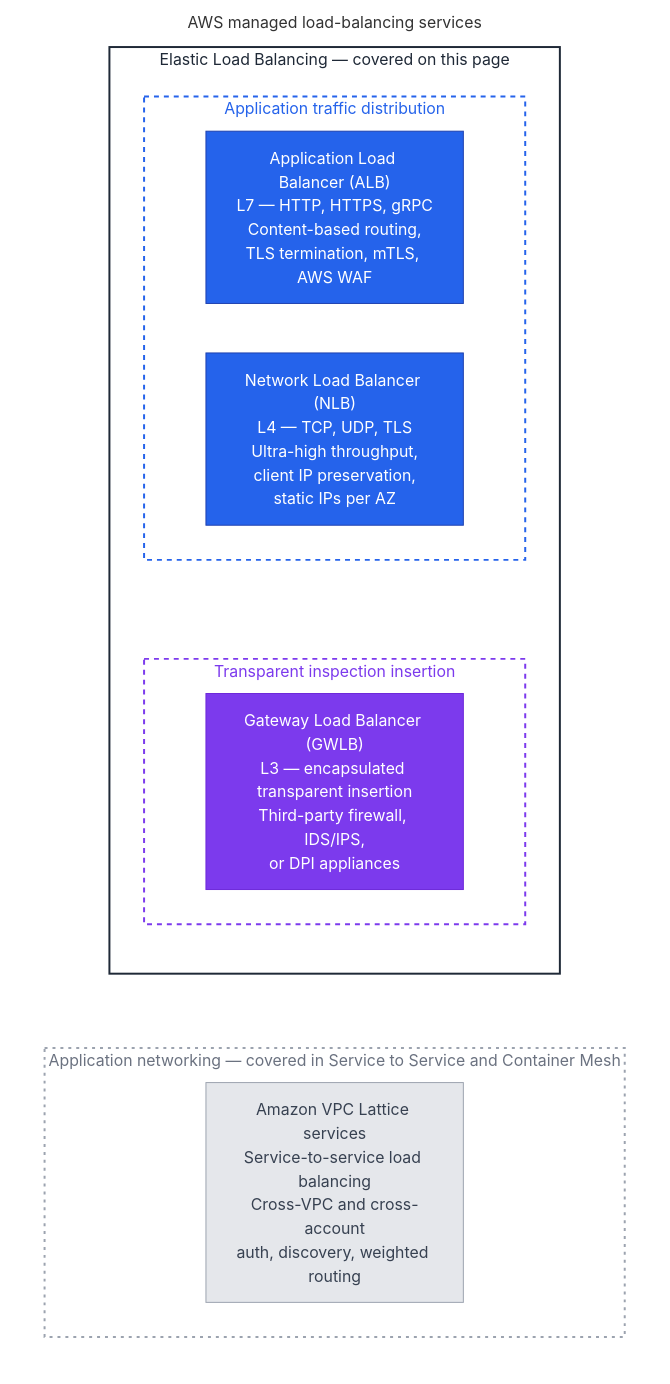
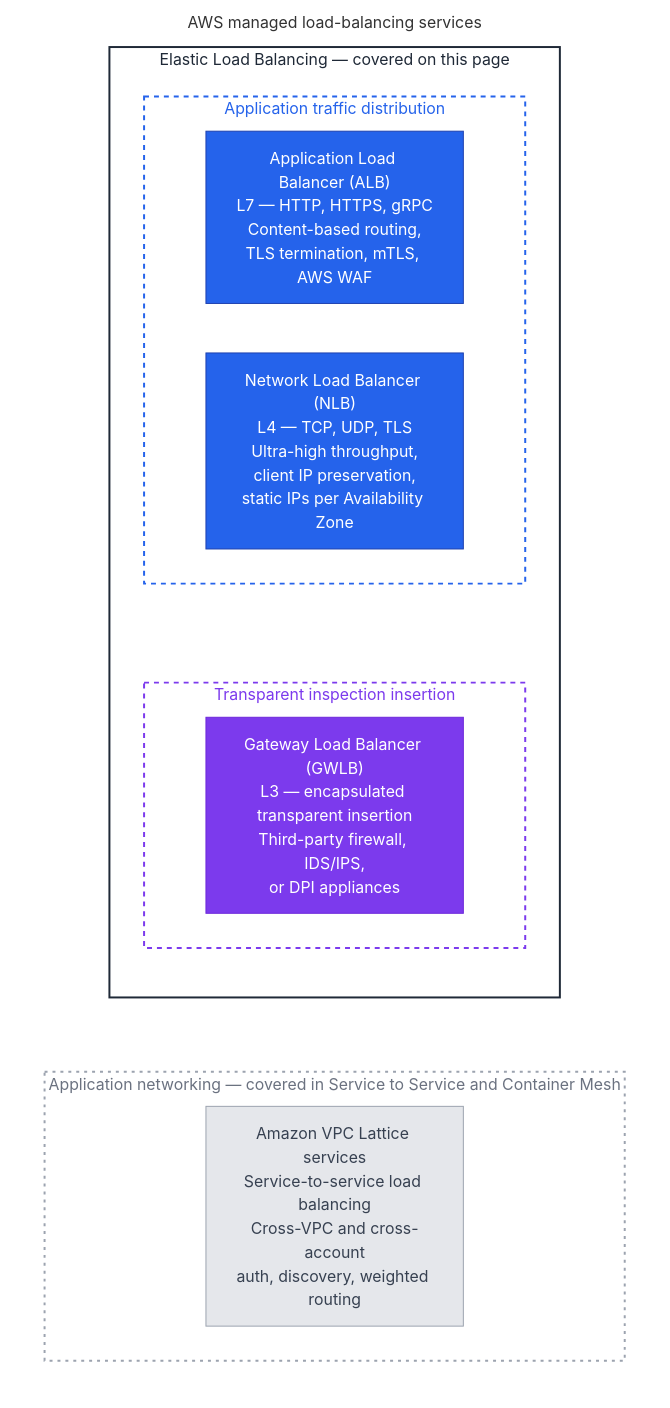
One commit to aws/aws-networking-best-practices changed the first of 2 diagrams in content/application-networking/load-balancing.md. Above: the diagram before and after it, drawn with Mermaid. The commit also changed other lines of this file and 21 other files, not shown here.

````diff
--- a/content/application-networking/load-balancing.md
+++ b/content/application-networking/load-balancing.md
@@ -12,36 +12,36 @@
 ``` mermaid
 graph TB
     subgraph LB["AWS managed load-balancing services"]
         direction TB
 
         subgraph ELB["Elastic Load Balancing — covered on this page"]
             direction TB
 
             subgraph AppTraffic["Application traffic distribution"]
                 ALB["Application Load Balancer (ALB)<br/>L7 — HTTP, HTTPS, gRPC<br/>Content-based routing,<br/>TLS termination, mTLS, AWS WAF"]
-                NLB["Network Load Balancer (NLB)<br/>L4 — TCP, UDP, TLS<br/>Ultra-high throughput,<br/>client IP preservation,<br/>static IPs per AZ"]
+                NLB["Network Load Balancer (NLB)<br/>L4 — TCP, UDP, TLS<br/>Ultra-high throughput,<br/>client IP preservation,<br/>static IPs per Availability Zone"]
             end
 
             subgraph Inspection["Transparent inspection insertion"]
                 GWLB["Gateway Load Balancer (GWLB)<br/>L3 — encapsulated transparent insertion<br/>Third-party firewall, IDS/IPS,<br/>or DPI appliances"]
             end
         end
 
         subgraph Lattice["Application networking — covered in Service to Service and Container Mesh"]
             VPCLattice["Amazon VPC Lattice services<br/>Service-to-service load balancing<br/>Cross-VPC and cross-account<br/>auth, discovery, weighted routing"]
         end
     end
 
     AppTraffic ~~~ Inspection
     ELB ~~~ Lattice
 
     style LB fill:none,stroke:none
     style ELB fill:none,stroke:#1f2937,stroke-width:2px,color:#1f2937
     style AppTraffic fill:none,stroke:#2563eb,stroke-width:2px,stroke-dasharray:5 5,color:#2563eb
     style Inspection fill:none,stroke:#7c3aed,stroke-width:2px,stroke-dasharray:5 5,color:#7c3aed
     style Lattice fill:none,stroke:#9ca3af,stroke-width:2px,stroke-dasharray:3 5,color:#6b7280
     style ALB fill:#2563eb,stroke:#1e40af,color:#fff
     style NLB fill:#2563eb,stroke:#1e40af,color:#fff
     style GWLB fill:#7c3aed,stroke:#6d28d9,color:#fff
     style VPCLattice fill:#e5e7eb,stroke:#9ca3af,color:#374151
 ```
````
